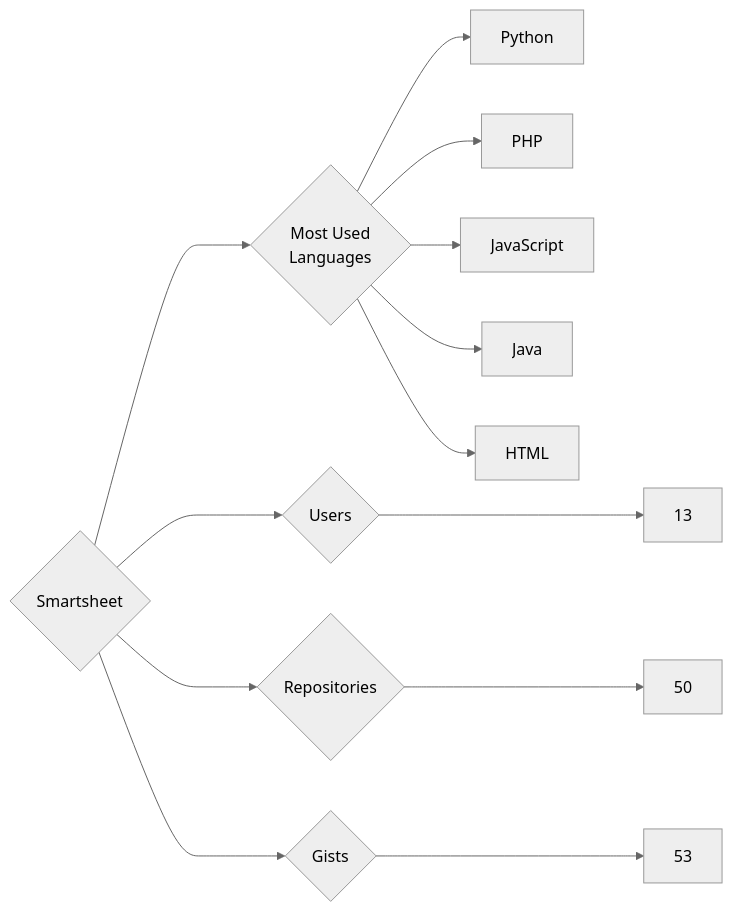
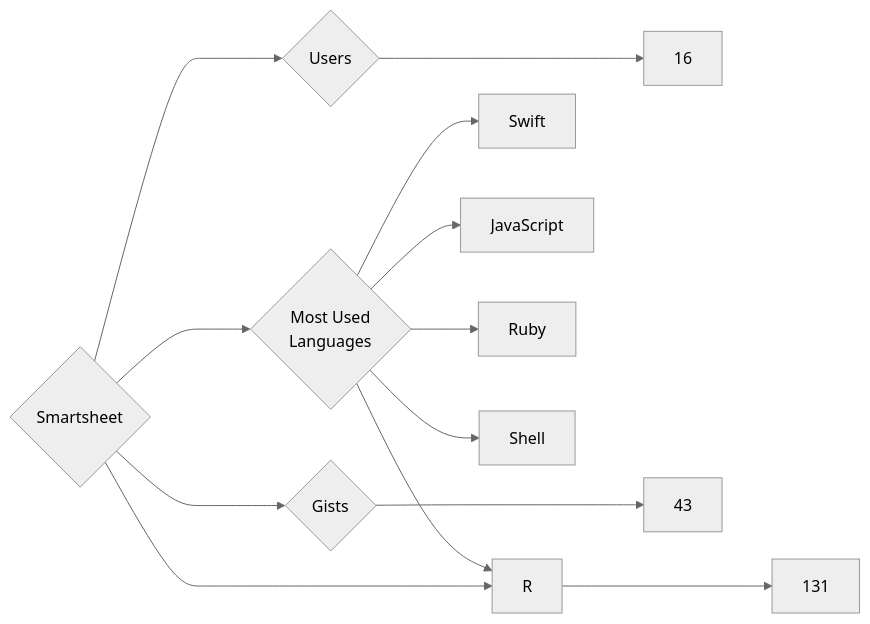
The diagram in targets/Smartsheet/README.md (trickest/insiders), drawn with Mermaid (neutral theme) before and after one commit. The commit also changed 920 other files, not shown here.

````diff
--- a/targets/Smartsheet/README.md
+++ b/targets/Smartsheet/README.md
@@ -3,13 +3,13 @@
 ```mermaid
 graph LR
 COMPANY_NAME{Smartsheet}
-COMPANY_NAME ---> U{Users} ---> UN[13]
-COMPANY_NAME ---> R{Repositories} ---> RN[50]
-COMPANY_NAME ---> G{Gists} ---> GN[53]
+COMPANY_NAME ---> U{Users} ---> UN[16]
+COMPANY_NAME ---> R{Repositories} ---> RN[131]
+COMPANY_NAME ---> G{Gists} ---> GN[43]
 COMPANY_NAME ---> ML{Most Used<br>Languages}
-ML --> Python[Python]
-ML --> PHP[PHP]
+ML --> Swift[Swift]
 ML --> JavaScript[JavaScript]
-ML --> Java[Java]
-ML --> HTML[HTML]
+ML --> Ruby[Ruby]
+ML --> Shell[Shell]
+ML --> R[R]
 ```
````
